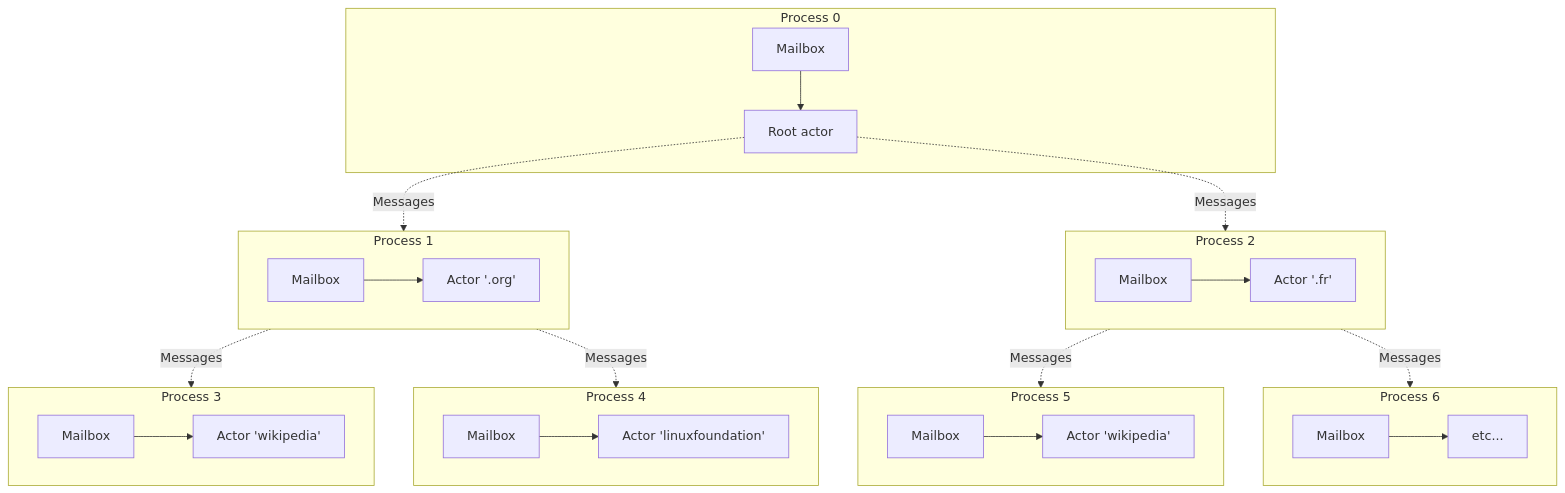
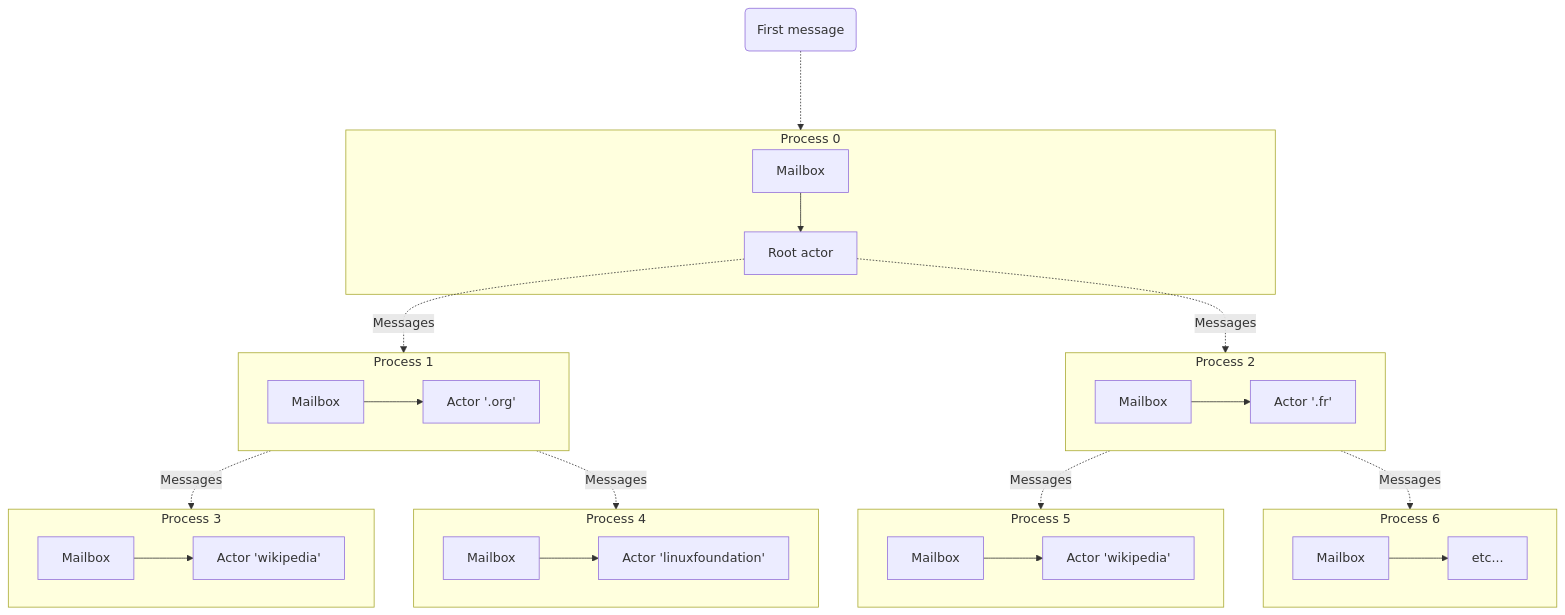
One commit to Baptouuuu/baptouuuu.github.io changed the tenth of 14 diagrams in docs/conferences/actor model/slides.md. Above: the diagram before and after it, drawn with Mermaid.

Commit message:
add first message for continuity with previous slide

````diff
--- a/docs/conferences/actor model/slides.md
+++ b/docs/conferences/actor model/slides.md
@@ -217,30 +217,31 @@
 ```mermaid
 flowchart TB
     subgraph pr ["Process 0"]
         arm["Mailbox"] --> ar["Root actor"]
     end
     subgraph p1 ["Process 1"]
         a1m["Mailbox"] --> a1["Actor '.org'"]
     end
     subgraph p2 ["Process 2"]
         a2m["Mailbox"] --> a2["Actor '.fr'"]
     end
     subgraph p3 ["Process 3"]
         a3m["Mailbox"] --> a3["Actor 'wikipedia'"]
     end
     subgraph p4 ["Process 4"]
         a4m["Mailbox"] --> a4["Actor 'linuxfoundation'"]
     end
     subgraph p5 ["Process 5"]
         a5m["Mailbox"] --> a5["Actor 'wikipedia'"]
     end
     subgraph p6 ["Process 6"]
         a6m["Mailbox"] --> a6["etc..."]
     end
     ar -. Messages .-> p1
     ar -. Messages .-> p2
     p1 -. Messages .-> p3
     p1 -. Messages .-> p4
     p2 -. Messages .-> p5
     p2 -. Messages .-> p6
+    m0("First message") -..-> pr
 ```
````
